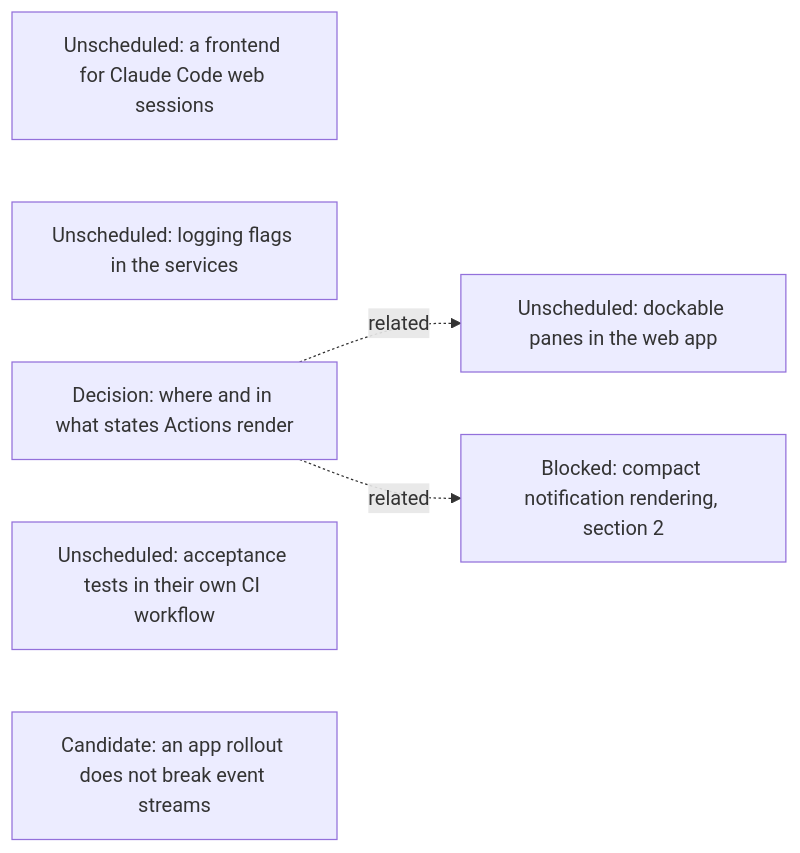
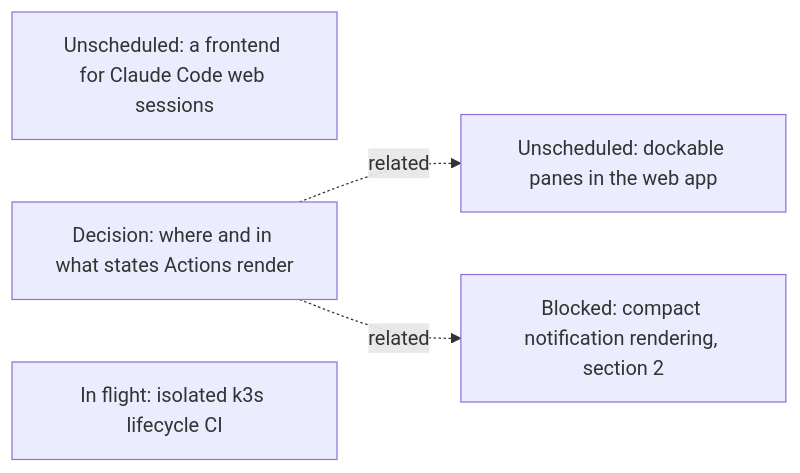
Before and after one commit to agentydragon/ducktape: the seventh of 15 diagrams in agentplane/plans/task_dag.md, drawn with Mermaid. The commit also changed other lines of this file and 24 other files, not shown here.

````diff
--- a/agentplane/plans/task_dag.md
+++ b/agentplane/plans/task_dag.md
@@ -472,12 +478,10 @@
 ```mermaid
 flowchart LR
     CLAUDE_CODE_WEB_BRIDGE[Unscheduled: a frontend for Claude Code web sessions]
-    SERVICE_LOG_FLAGS[Unscheduled: logging flags in the services]
     ACTION_SURFACES_DESIGN[Decision: where and in what states Actions render]
-    ISOLATED_ACCEPTANCE_CI[Unscheduled: acceptance tests in their own CI workflow]
+    ISOLATED_ACCEPTANCE_CI[In flight: isolated k3s lifecycle CI]
     DOCKABLE_PANES[Unscheduled: dockable panes in the web app]
-    APP_ROLLOUT_STREAMS[Candidate: an app rollout does not break event streams]
     ACTION_SURFACES_DESIGN -. related .-> DOCKABLE_PANES
     NOTIFICATION_PRESENTATION[Blocked: compact notification rendering, section 2]
     ACTION_SURFACES_DESIGN -. related .-> NOTIFICATION_PRESENTATION
 ```
````
